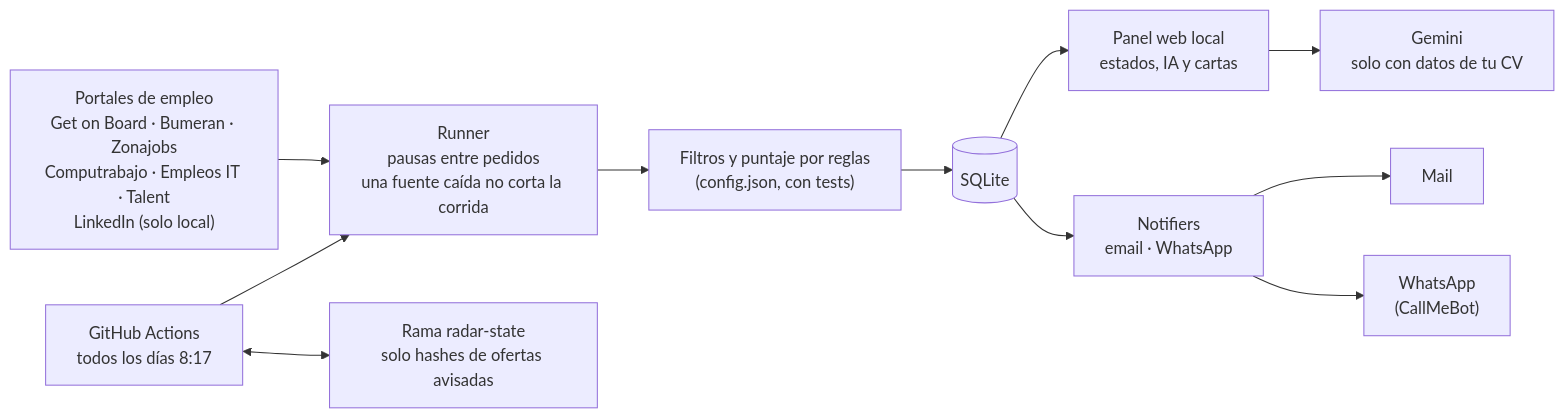
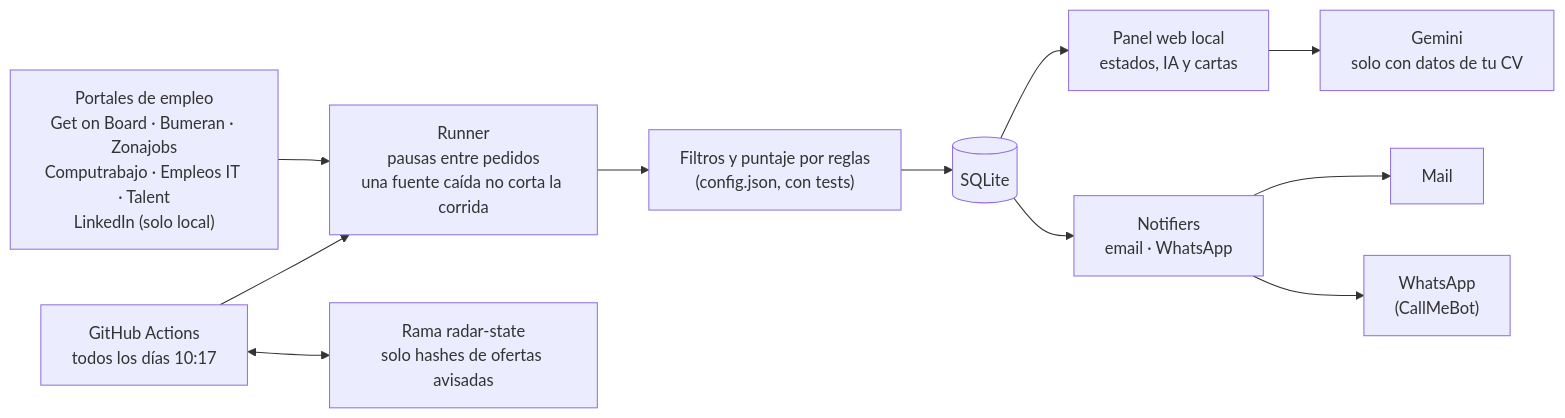
Before and after one commit to saos1739/ayudante-de-empleo: the diagram in README.md, drawn with Mermaid. The commit also changed other lines of this file and 4 other files, not shown here.

````diff
--- a/README.md
+++ b/README.md
@@ -38,13 +38,13 @@
 ```mermaid
 flowchart LR
     S["Portales de empleo<br>Get on Board · Bumeran · Zonajobs<br>Computrabajo · Empleos IT · Talent<br>LinkedIn (solo local)"] --> R["Runner<br>pausas entre pedidos<br>una fuente caída no corta la corrida"]
     R --> F["Filtros y puntaje por reglas<br>(config.json, con tests)"]
     F --> DB[("SQLite")]
     DB --> P["Panel web local<br>estados, IA y cartas"]
     P --> AI["Gemini<br>solo con datos de tu CV"]
     DB --> N["Notifiers<br>email · WhatsApp"]
     N --> M["Mail"]
     N --> W["WhatsApp<br>(CallMeBot)"]
-    GH["GitHub Actions<br>todos los días 8:17"] --> R
+    GH["GitHub Actions<br>todos los días 10:17"] --> R
     GH <--> ST["Rama radar-state<br>solo hashes de ofertas avisadas"]
 ```
````
